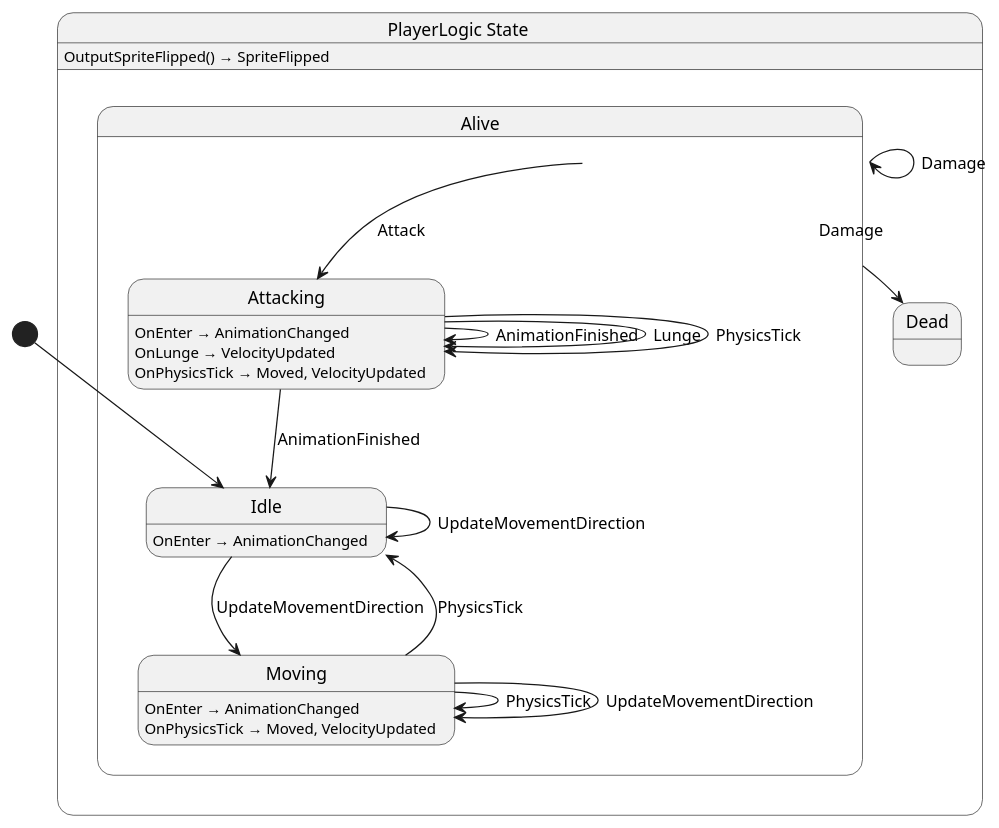
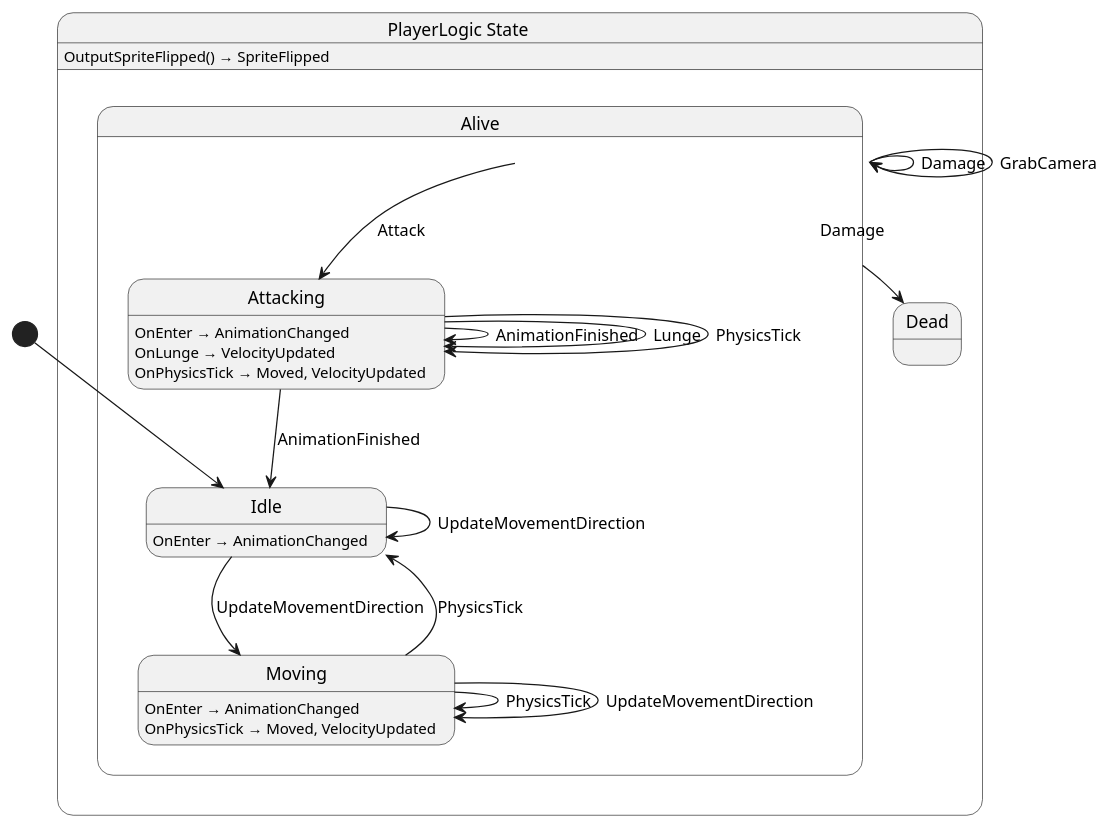
One commit to nilsiker/GodotPlayground changed the diagram in src/player/state/PlayerLogic.g.puml. Above: the diagram before and after it, drawn with PlantUML. The commit also changed 19 other files, not shown here.

```diff
--- a/src/player/state/PlayerLogic.g.puml
+++ b/src/player/state/PlayerLogic.g.puml
@@ -1,33 +1,34 @@
 @startuml PlayerLogic
 state "PlayerLogic State" as GodotPlayground_PlayerLogic_State {
   state "Alive" as GodotPlayground_PlayerLogic_State_Alive {
     state "Attacking" as GodotPlayground_PlayerLogic_State_Alive_Attacking
     state "Idle" as GodotPlayground_PlayerLogic_State_Alive_Idle
     state "Moving" as GodotPlayground_PlayerLogic_State_Alive_Moving
   }
   state "Dead" as GodotPlayground_PlayerLogic_State_Dead
 }
 
 GodotPlayground_PlayerLogic_State_Alive --> GodotPlayground_PlayerLogic_State_Alive : Damage
+GodotPlayground_PlayerLogic_State_Alive --> GodotPlayground_PlayerLogic_State_Alive : GrabCamera
 GodotPlayground_PlayerLogic_State_Alive --> GodotPlayground_PlayerLogic_State_Alive_Attacking : Attack
 GodotPlayground_PlayerLogic_State_Alive --> GodotPlayground_PlayerLogic_State_Dead : Damage
 GodotPlayground_PlayerLogic_State_Alive_Attacking --> GodotPlayground_PlayerLogic_State_Alive_Attacking : AnimationFinished
 GodotPlayground_PlayerLogic_State_Alive_Attacking --> GodotPlayground_PlayerLogic_State_Alive_Attacking : Lunge
 GodotPlayground_PlayerLogic_State_Alive_Attacking --> GodotPlayground_PlayerLogic_State_Alive_Attacking : PhysicsTick
 GodotPlayground_PlayerLogic_State_Alive_Attacking --> GodotPlayground_PlayerLogic_State_Alive_Idle : AnimationFinished
 GodotPlayground_PlayerLogic_State_Alive_Idle --> GodotPlayground_PlayerLogic_State_Alive_Idle : UpdateMovementDirection
 GodotPlayground_PlayerLogic_State_Alive_Idle --> GodotPlayground_PlayerLogic_State_Alive_Moving : UpdateMovementDirection
 GodotPlayground_PlayerLogic_State_Alive_Moving --> GodotPlayground_PlayerLogic_State_Alive_Idle : PhysicsTick
 GodotPlayground_PlayerLogic_State_Alive_Moving --> GodotPlayground_PlayerLogic_State_Alive_Moving : PhysicsTick
 GodotPlayground_PlayerLogic_State_Alive_Moving --> GodotPlayground_PlayerLogic_State_Alive_Moving : UpdateMovementDirection
 
 GodotPlayground_PlayerLogic_State : OutputSpriteFlipped() → SpriteFlipped
 GodotPlayground_PlayerLogic_State_Alive_Attacking : OnEnter → AnimationChanged
 GodotPlayground_PlayerLogic_State_Alive_Attacking : OnLunge → VelocityUpdated
 GodotPlayground_PlayerLogic_State_Alive_Attacking : OnPhysicsTick → Moved, VelocityUpdated
 GodotPlayground_PlayerLogic_State_Alive_Idle : OnEnter → AnimationChanged
 GodotPlayground_PlayerLogic_State_Alive_Moving : OnEnter → AnimationChanged
 GodotPlayground_PlayerLogic_State_Alive_Moving : OnPhysicsTick → Moved, VelocityUpdated
 
 [*] --> GodotPlayground_PlayerLogic_State_Alive_Idle
 @enduml
```
